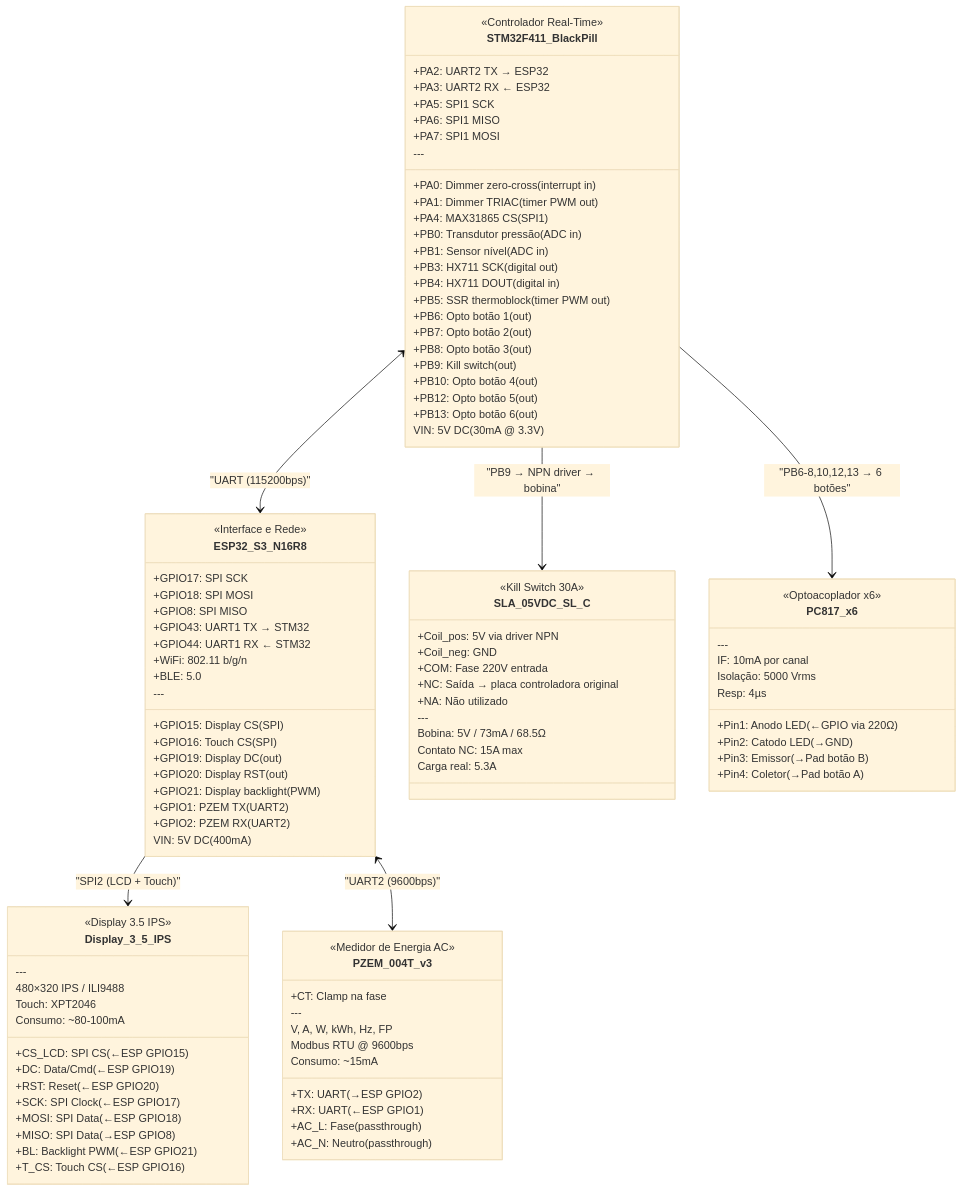
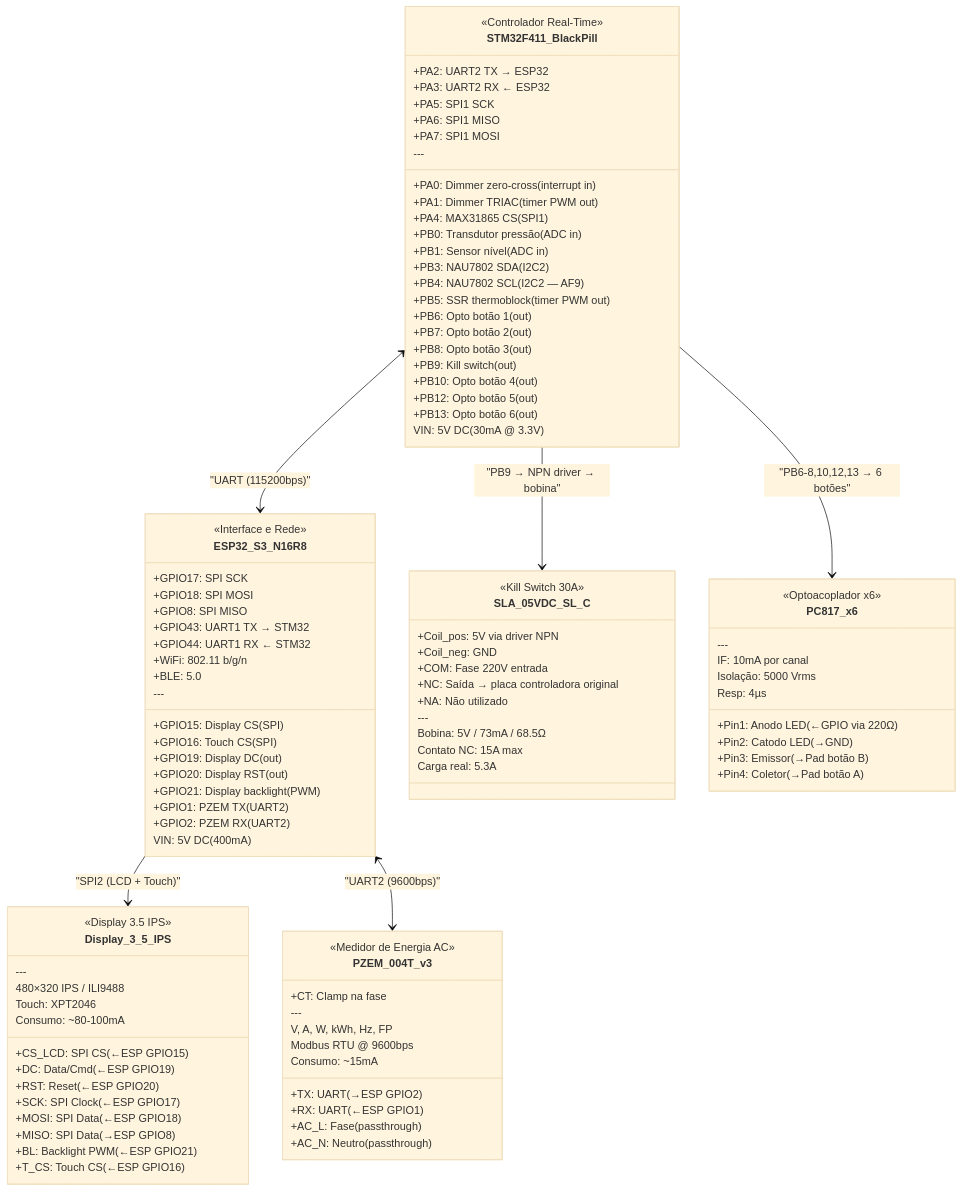
The first of 16 diagrams in docs/COMPONENTES.md (SamuelMoraesF/iot-oster-prima-latte2), drawn with Mermaid (base theme) before and after one commit. The commit also changed other lines of this file, not shown here.

First line of the commit message:
Adiciona NAU7802 + 4x células barra no COMPONENTES.md

```diff
--- a/docs/COMPONENTES.md
+++ b/docs/COMPONENTES.md
@@ -18,8 +18,8 @@
         +PA7: SPI1 MOSI
         +PB0: Transdutor pressão (ADC in)
         +PB1: Sensor nível (ADC in)
-        +PB3: HX711 SCK (digital out)
-        +PB4: HX711 DOUT (digital in)
+        +PB3: NAU7802 SDA (I2C2)
+        +PB4: NAU7802 SCL (I2C2 — AF9)
         +PB5: SSR thermoblock (timer PWM out)
         +PB6: Opto botão 1 (out)
         +PB7: Opto botão 2 (out)
```
